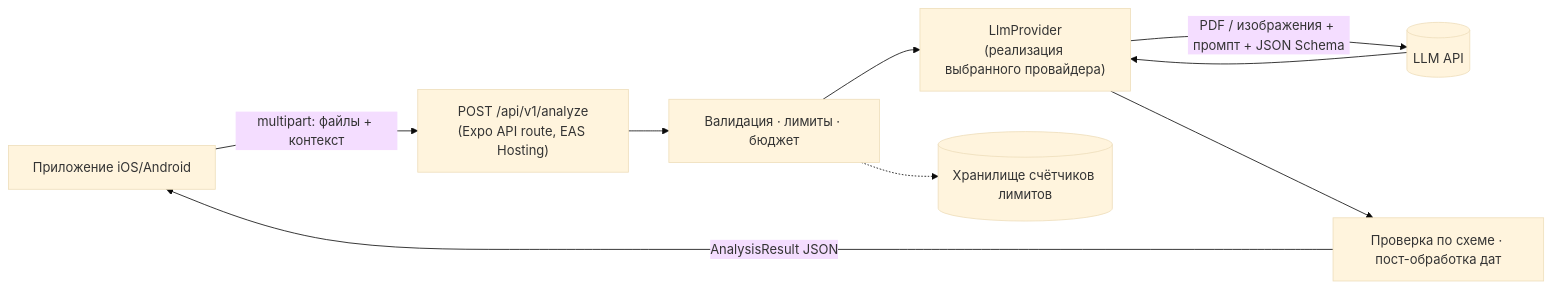
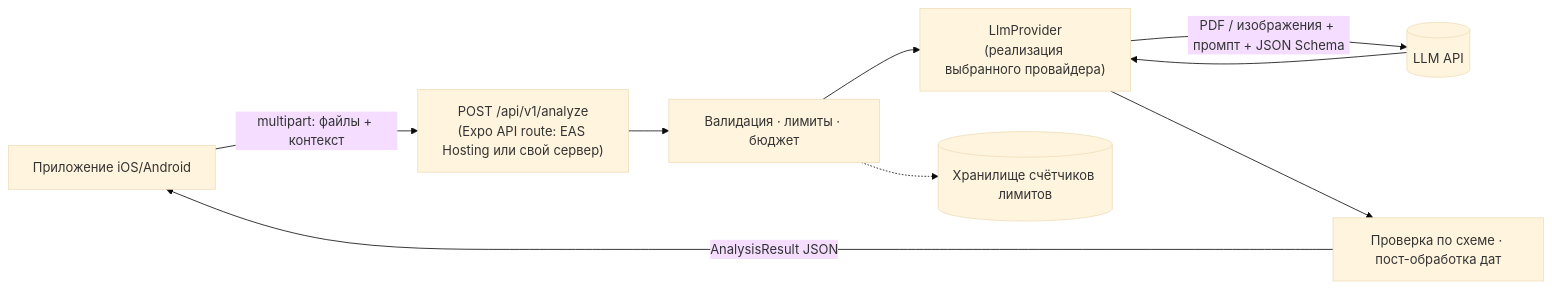
The third of 3 diagrams in docs/SPEC.md (maximstanciu/document-navigator-app), drawn with Mermaid (base theme) before and after one commit. The commit also changed other lines of this file and 24 other files, not shown here.

````diff
--- a/docs/SPEC.md
+++ b/docs/SPEC.md
@@ -357,11 +357,11 @@
 ```mermaid
 flowchart LR
-  App[Приложение iOS/Android] -->|"multipart: файлы + контекст"| Route["POST /api/v1/analyze<br/>(Expo API route, EAS Hosting)"]
+  App[Приложение iOS/Android] -->|"multipart: файлы + контекст"| Route["POST /api/v1/analyze<br/>(Expo API route: EAS Hosting или свой сервер)"]
   Route --> Guard[Валидация · лимиты · бюджет]
   Guard --> Provider["LlmProvider<br/>(реализация выбранного провайдера)"]
   Provider -->|"PDF / изображения + промпт + JSON Schema"| LLM[(LLM API)]
   LLM --> Provider
   Provider --> Validate[Проверка по схеме · пост-обработка дат]
   Validate -->|AnalysisResult JSON| App
   Guard -.-> RL[(Хранилище счётчиков лимитов)]
 ```
````
